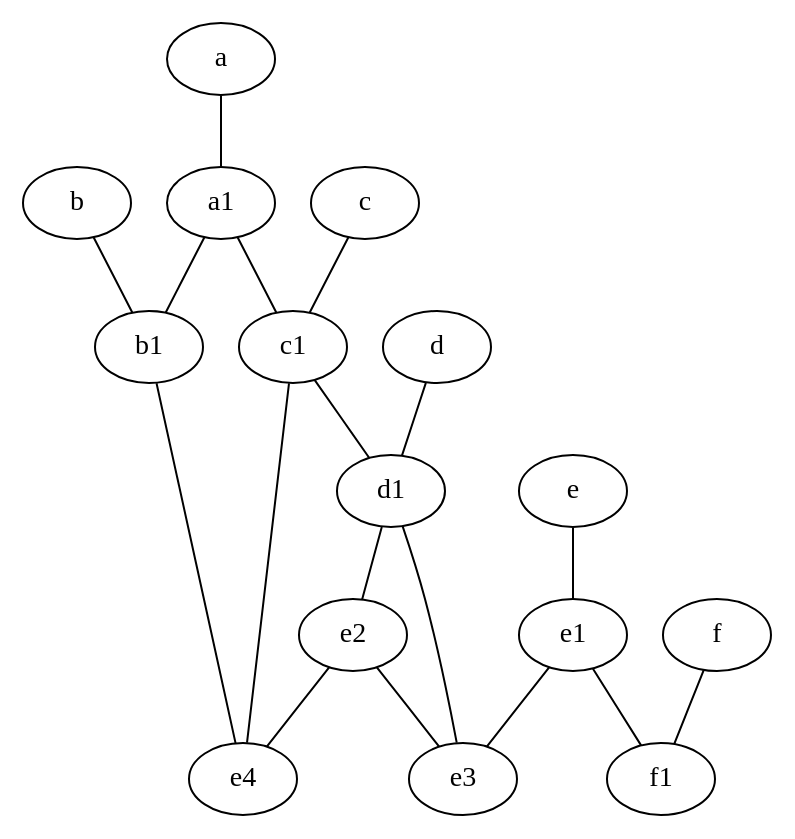
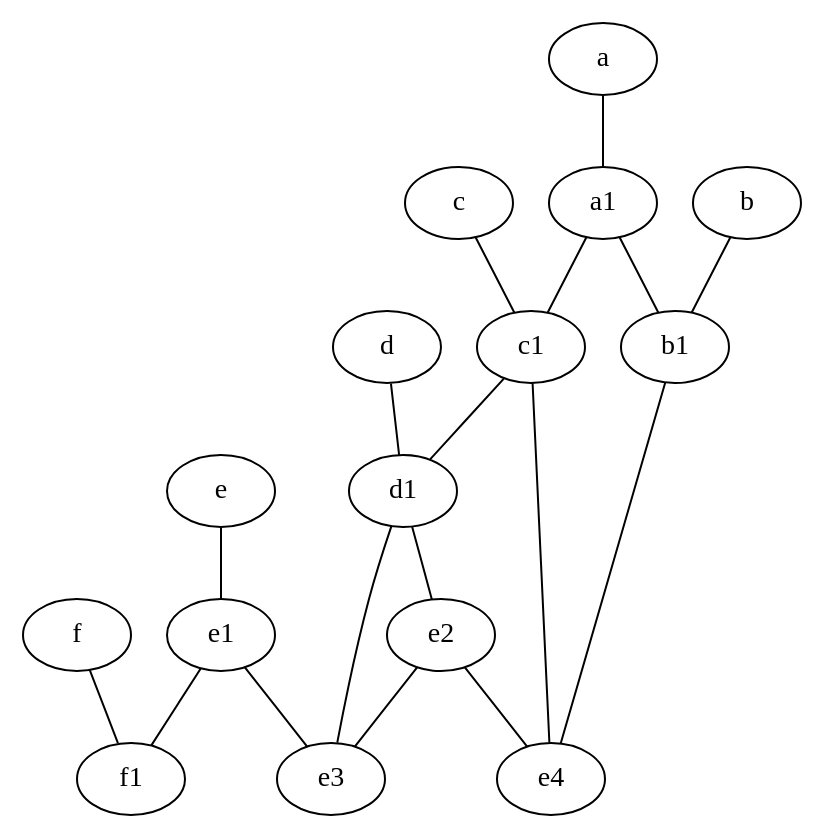
The diagram in results_deter/6et1/orig.dot (anisabnis/graph_inference), drawn with Graphviz before and after one commit. The commit also changed other lines of this file and 11275 other files, not shown here.

```diff
--- a/results_deter/6et1/orig.dot
+++ b/results_deter/6et1/orig.dot
@@ -1,35 +1,35 @@
 graph {
 	node [labelfontsize=50]
+	e [labelfontsize=50 pos="7,9!"]
+	a [labelfontsize=50 pos="8,2!"]
 	f1 [labelfontsize=50 pos="3,8!"]
+	e4 [labelfontsize=50]
+	e2 [labelfontsize=50]
+	c1 [labelfontsize=50 pos="4.5,3!"]
 	a1 [labelfontsize=50 pos="8,3!"]
-	c1 [labelfontsize=50 pos="4.5,3!"]
-	b1 [labelfontsize=50 pos="9,4!"]
+	d1 [labelfontsize=50 pos="3,5!"]
+	d [labelfontsize=50 pos="2,5!"]
 	c [labelfontsize=50 pos="4.5,2!"]
 	e1 [labelfontsize=50 pos="7,7!"]
-	d1 [labelfontsize=50 pos="3,5!"]
-	a [labelfontsize=50 pos="8,2!"]
-	d [labelfontsize=50 pos="2,5!"]
-	e4 [labelfontsize=50]
-	e [labelfontsize=50 pos="7,9!"]
+	f [labelfontsize=50 pos="3,9!"]
 	e3 [labelfontsize=50]
 	b [labelfontsize=50 pos="10,4!"]
-	e2 [labelfontsize=50]
-	f [labelfontsize=50 pos="3,9!"]
+	b1 [labelfontsize=50 pos="9,4!"]
+	e1 -- e3
+	a1 -- c1
+	d1 -- e3
 	d -- d1
-	f -- f1
-	e2 -- e4
-	c1 -- d1
-	d1 -- e2
+	b -- b1
+	a1 -- b1
+	a -- a1
 	c -- c1
 	e -- e1
-	a -- a1
+	c1 -- d1
+	e1 -- f1
+	e2 -- e4
+	d1 -- e2
+	f -- f1
+	b1 -- e4
+	c1 -- e4
 	e2 -- e3
-	e1 -- e3
-	e1 -- f1
-	a1 -- b1
-	b -- b1
-	c1 -- e4
-	b1 -- e4
-	a1 -- c1
-	d1 -- e3
 }
```
